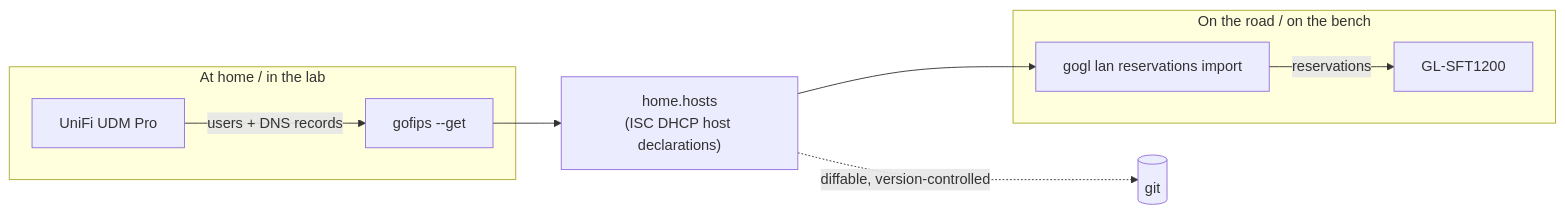
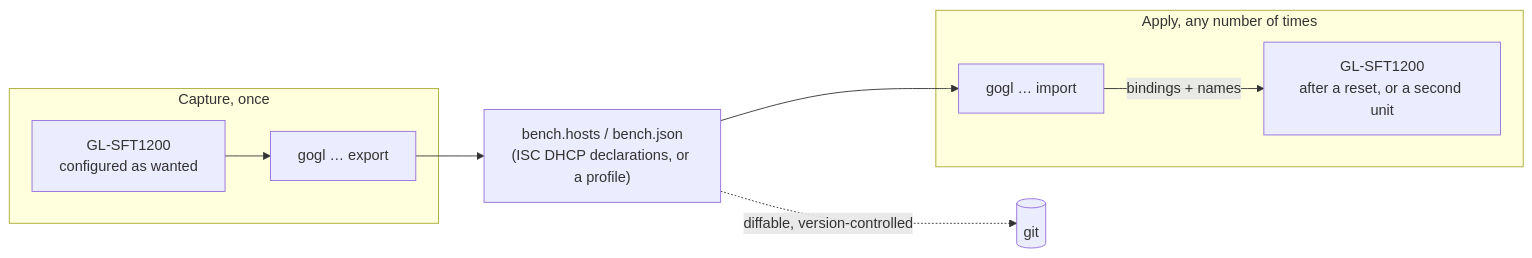
One commit to emergingrobotics/gogl changed the first of 8 diagrams in docs/DESIGN.md. Above: the diagram before and after it, drawn with Mermaid. The commit also changed other lines of this file and 12 other files, not shown here.

````diff
--- a/docs/DESIGN.md
+++ b/docs/DESIGN.md
@@ -34,21 +34,21 @@
 ```mermaid
 graph LR
-    subgraph home["At home / in the lab"]
-        UDM[UniFi UDM Pro]
-        GOFIPS[gofips --get]
-        UDM -->|"users + DNS records"| GOFIPS
+    subgraph capture["Capture, once"]
+        OPAL1[GL-SFT1200<br/>configured as wanted]
+        EXPORT["gogl … export"]
+        OPAL1 --> EXPORT
     end
 
-    FILE["home.hosts<br/>(ISC DHCP host declarations)"]
-    GOFIPS --> FILE
+    FILE["bench.hosts / bench.json<br/>(ISC DHCP declarations, or a profile)"]
+    EXPORT --> FILE
 
-    subgraph field["On the road / on the bench"]
-        GOGLPS[gogl lan reservations import]
-        OPAL[GL-SFT1200]
-        GOGLPS -->|"reservations"| OPAL
+    subgraph apply["Apply, any number of times"]
+        IMPORT["gogl … import"]
+        OPAL2[GL-SFT1200<br/>after a reset, or a second unit]
+        IMPORT -->|"bindings + names"| OPAL2
     end
 
-    FILE --> GOGLPS
+    FILE --> IMPORT
 
     FILE -.->|"diffable, version-controlled"| GIT[(git)]
 ```
````
